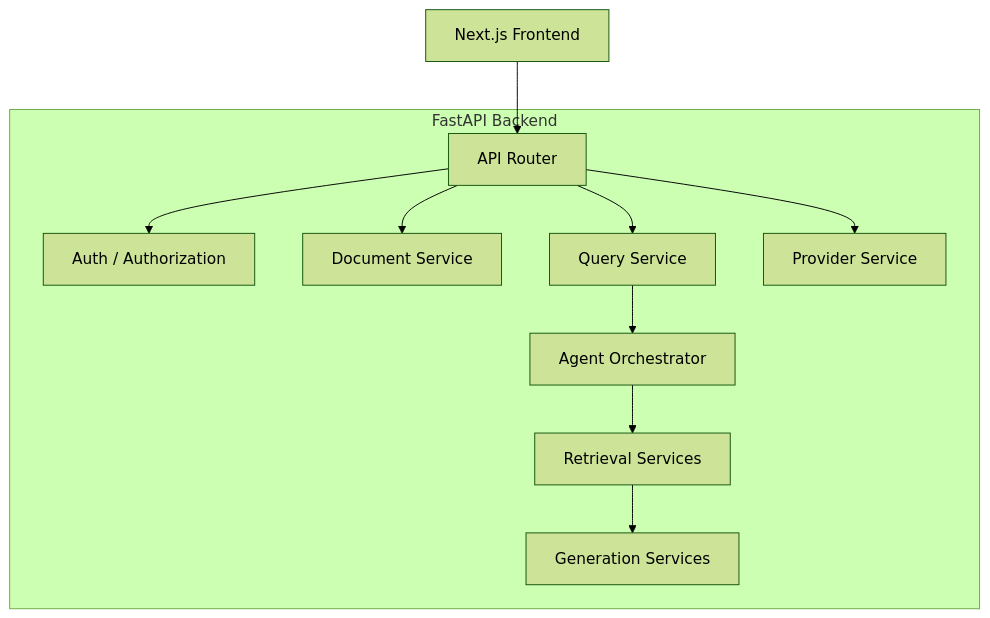
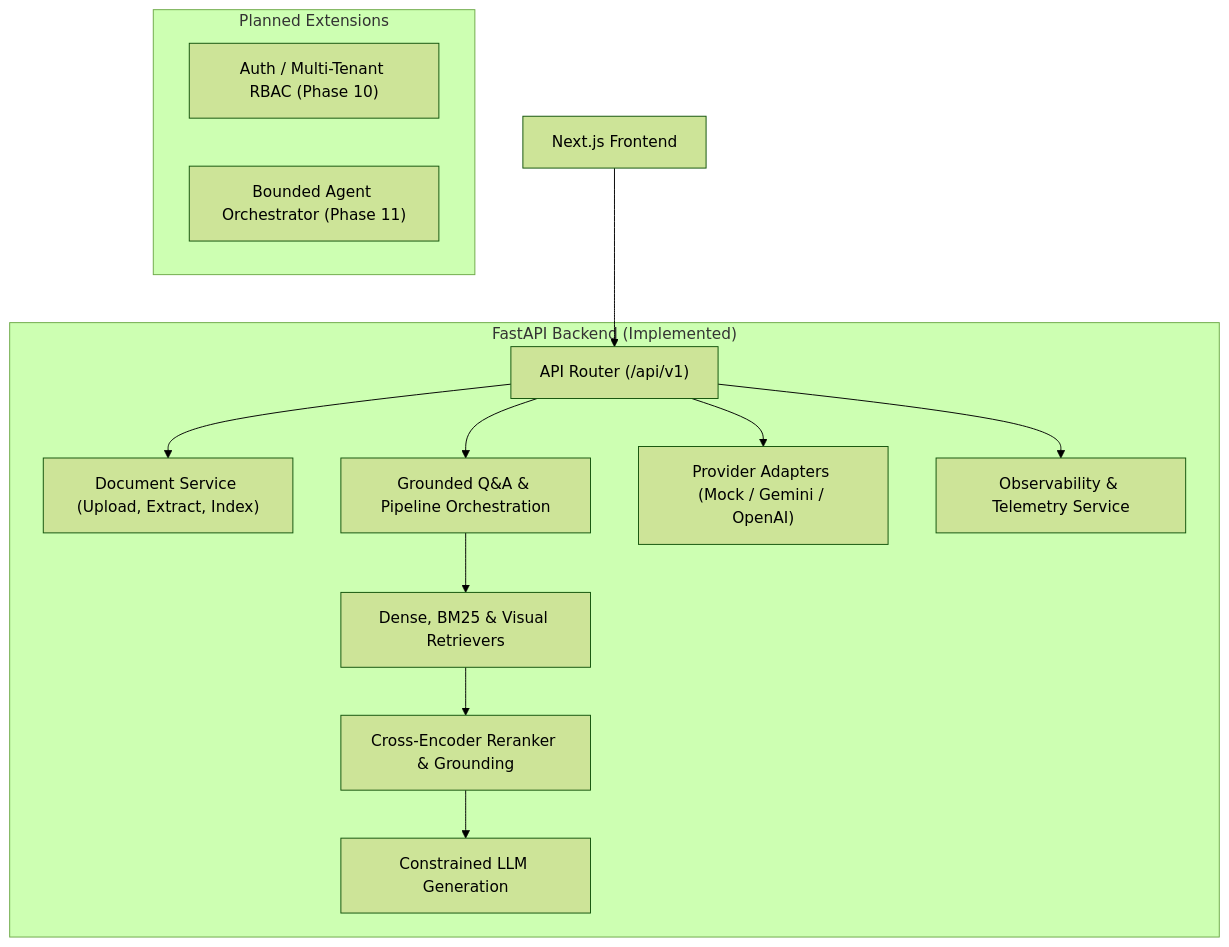
The fourth of 26 diagrams in docs/architecture.md (Tech-Siddhant/doculens-ai), drawn with Mermaid (forest theme) before and after one commit. The commit also changed other lines of this file and 3 other files, not shown here.

Commit message:
docs: finalize architecture consistency and deployment config

````diff
--- a/docs/architecture.md
+++ b/docs/architecture.md
@@ -243,37 +246,41 @@
 ```mermaid
 flowchart TB
 
     CLIENT["Next.js Frontend"]
 
-    subgraph FASTAPI["FastAPI Backend"]
+    subgraph FASTAPI["FastAPI Backend (Implemented)"]
 
-        ROUTER["API Router"]
+        ROUTER["API Router (/api/v1)"]
 
-        AUTH["Auth / Authorization"]
+        DOCUMENTS["Document Service (Upload, Extract, Index)"]
 
-        DOCUMENTS["Document Service"]
+        QUERIES["Grounded Q&A & Pipeline Orchestration"]
 
-        QUERIES["Query Service"]
+        PROVIDERS["Provider Adapters (Mock / Gemini / OpenAI)"]
 
-        PROVIDERS["Provider Service"]
+        METRICS["Observability & Telemetry Service"]
 
-        AGENTS["Agent Orchestrator"]
+        RETRIEVAL["Dense, BM25 & Visual Retrievers"]
 
-        RETRIEVAL["Retrieval Services"]
+        RERANKING["Cross-Encoder Reranker & Grounding"]
 
-        GENERATION["Generation Services"]
+        GENERATION["Constrained LLM Generation"]
 
+    end
+
+    subgraph PLANNED["Planned Extensions"]
+        AUTH["Auth / Multi-Tenant RBAC (Phase 10)"]
+        AGENTS["Bounded Agent Orchestrator (Phase 11)"]
     end
 
     CLIENT --> ROUTER
 
-    ROUTER --> AUTH
     ROUTER --> DOCUMENTS
     ROUTER --> QUERIES
     ROUTER --> PROVIDERS
+    ROUTER --> METRICS
 
-    QUERIES --> AGENTS
-
-    AGENTS --> RETRIEVAL
-    RETRIEVAL --> GENERATION
+    QUERIES --> RETRIEVAL
+    RETRIEVAL --> RERANKING
+    RERANKING --> GENERATION
 ```
````
